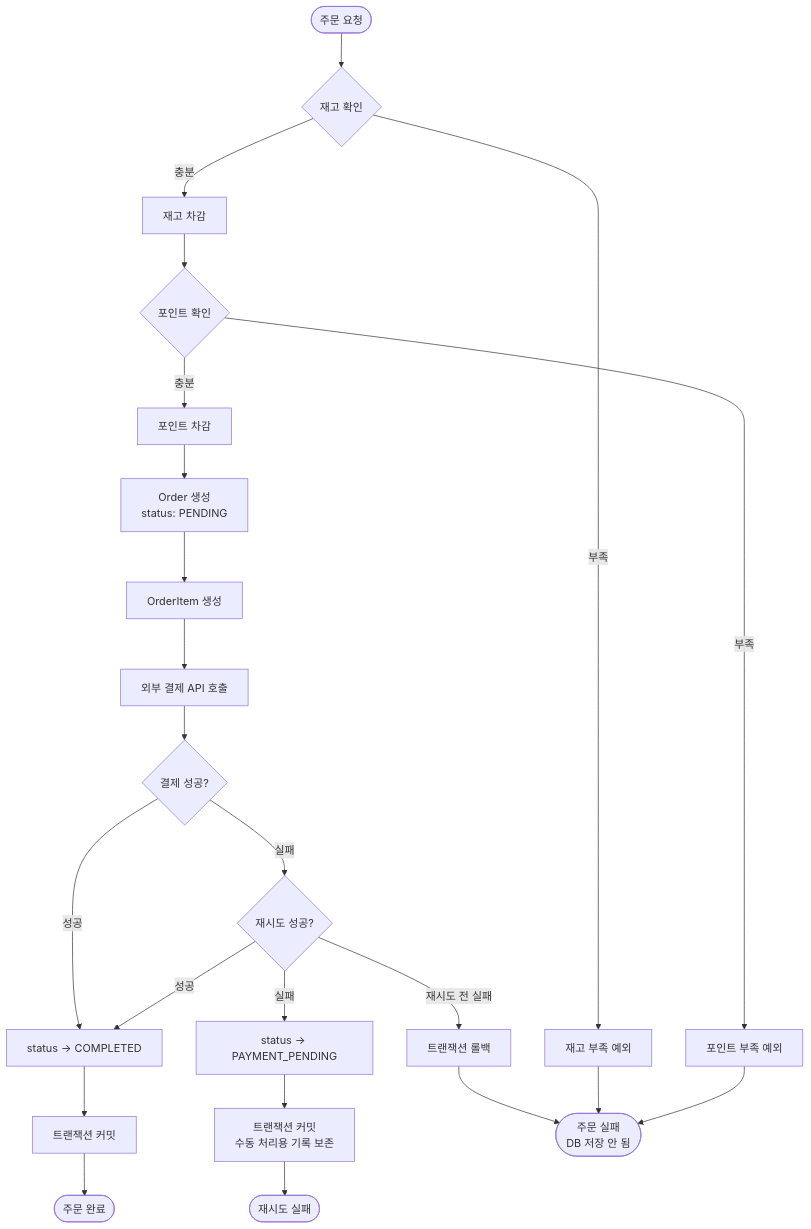
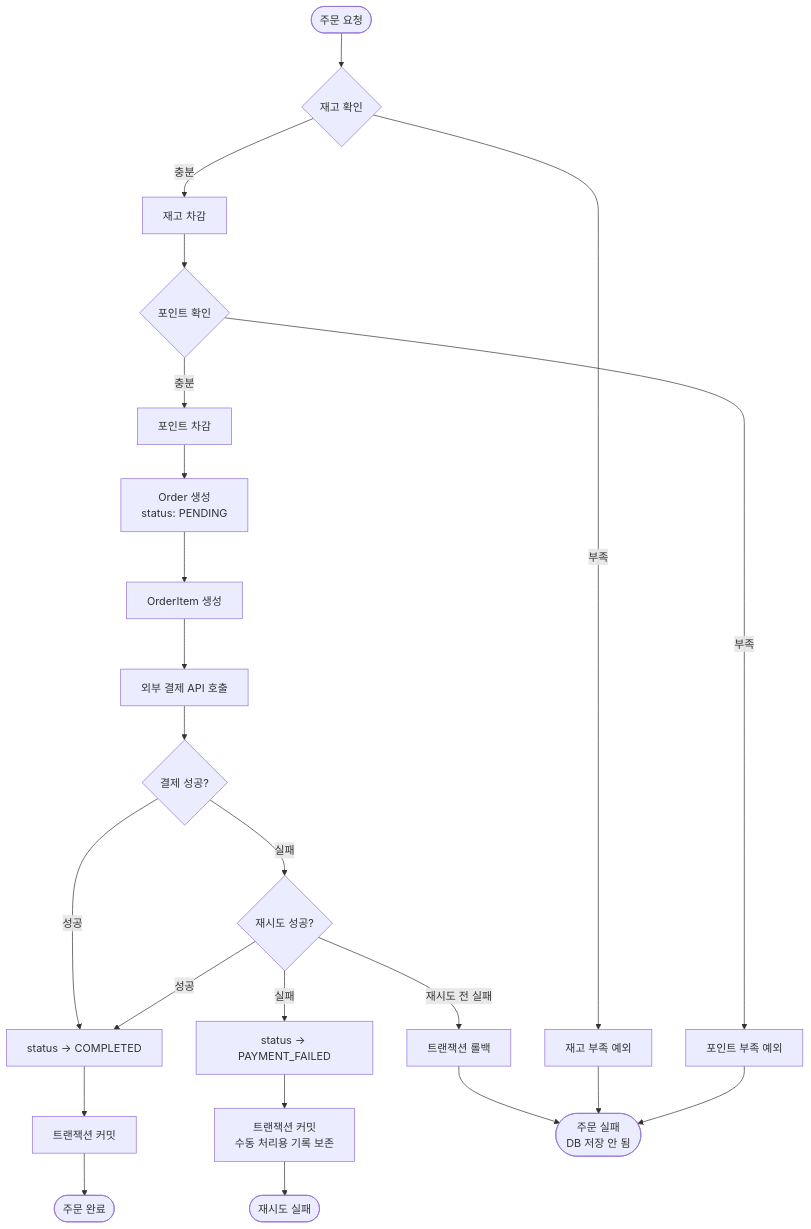
One commit to Loopers-dev-lab/loopers-spring-java-template changed the third of 3 diagrams in docs/design/03-class-diagram.md. Above: the diagram before and after it, drawn with Mermaid. The commit also changed other lines of this file and 4 other files, not shown here.

````diff
--- a/docs/design/03-class-diagram.md
+++ b/docs/design/03-class-diagram.md
@@ -234,32 +234,32 @@
 ```mermaid
 flowchart TD
     Start([주문 요청]) --> ValidateStock{재고 확인}
     ValidateStock -->|부족| Error1[재고 부족 예외]
     ValidateStock -->|충분| DeductStock[재고 차감]
 
     DeductStock --> ValidatePoint{포인트 확인}
     ValidatePoint -->|부족| Error2[포인트 부족 예외]
     ValidatePoint -->|충분| DeductPoint[포인트 차감]
 
     DeductPoint --> CreateOrder[Order 생성<br/>status: PENDING]
     CreateOrder --> CreateOrderItem[OrderItem 생성]
 
     CreateOrderItem --> CallPayment[외부 결제 API 호출]
     CallPayment --> PaymentSuccess{결제 성공?}
 
     PaymentSuccess -->|성공| UpdateCompleted[status → COMPLETED]
     UpdateCompleted --> Commit1[트랜잭션 커밋]
     Commit1 --> End([주문 완료])
 
     PaymentSuccess -->|실패| Retry{재시도 성공?}
     Retry -->|성공| UpdateCompleted
-    Retry -->|실패| UpdatePending[status → PAYMENT_PENDING]
+    Retry -->|실패| UpdatePending[status → PAYMENT_FAILED]
     UpdatePending --> Commit2[트랜잭션 커밋<br/>수동 처리용 기록 보존]
     Commit2 --> End2([재시도 실패])
 
     Retry -->|재시도 전 실패| Rollback[트랜잭션 롤백]
     Rollback --> End3([주문 실패<br/>DB 저장 안 됨])
 
     Error1 --> End3
     Error2 --> End3
 ```
````
